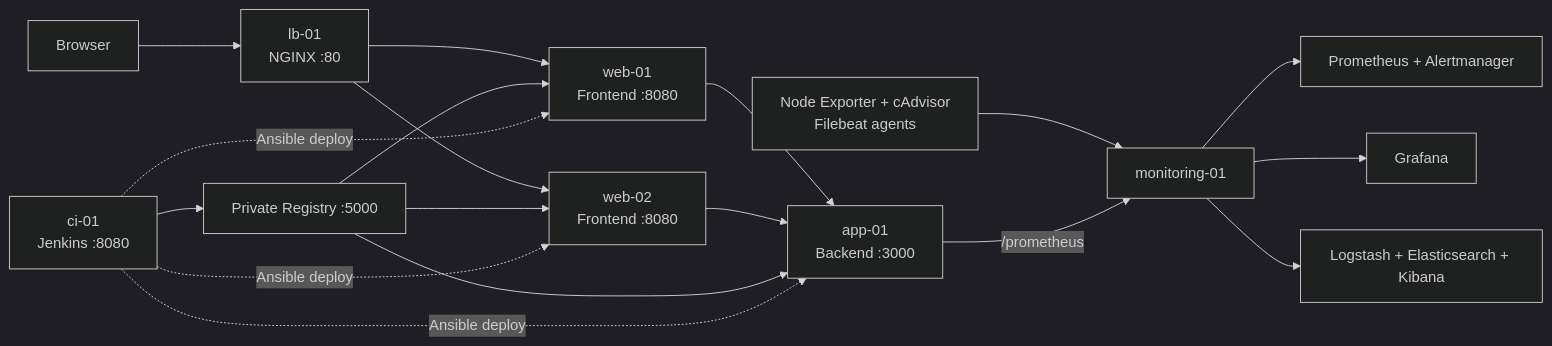
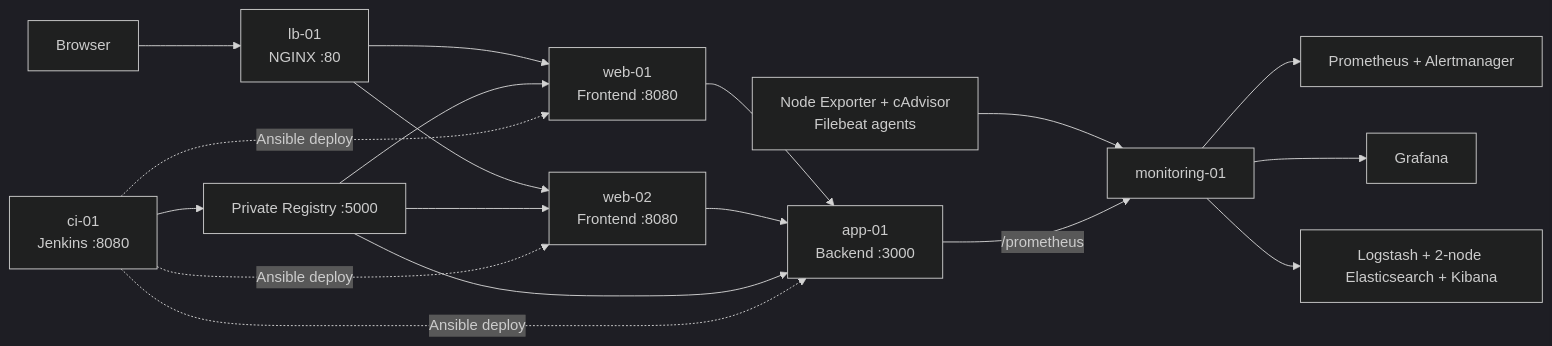
Before and after one commit to joalausi/devops: the diagram in README.md, drawn with Mermaid (dark theme). The commit also changed other lines of this file and 16 other files, not shown here.

````diff
--- a/README.md
+++ b/README.md
@@ -24,22 +25,22 @@
 ```mermaid
 flowchart LR
     User["Browser"] --> LB["lb-01<br/>NGINX :80"]
     LB --> W1["web-01<br/>Frontend :8080"]
     LB --> W2["web-02<br/>Frontend :8080"]
     W1 --> APP["app-01<br/>Backend :3000"]
     W2 --> APP
 
     J["ci-01<br/>Jenkins :8080"] --> R["Private Registry :5000"]
     R --> W1
     R --> W2
     R --> APP
     J -. "Ansible deploy" .-> W1
     J -. "Ansible deploy" .-> W2
     J -. "Ansible deploy" .-> APP
 
     Agents["Node Exporter + cAdvisor<br/>Filebeat agents"] --> MON["monitoring-01"]
     APP -->|"/prometheus"| MON
     MON --> P["Prometheus + Alertmanager"]
     MON --> G["Grafana"]
-    MON --> ELK["Logstash + Elasticsearch + Kibana"]
+    MON --> ELK["Logstash + 2-node Elasticsearch + Kibana"]
 ```
````
